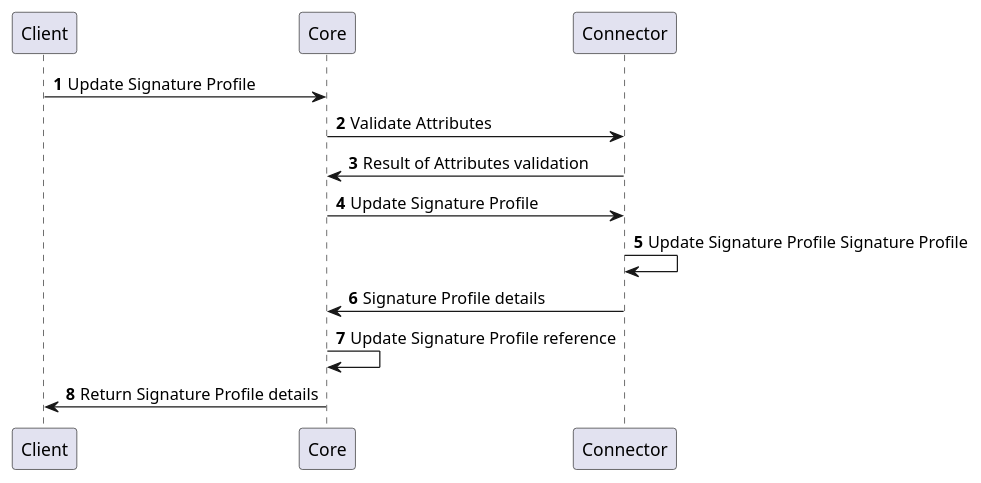
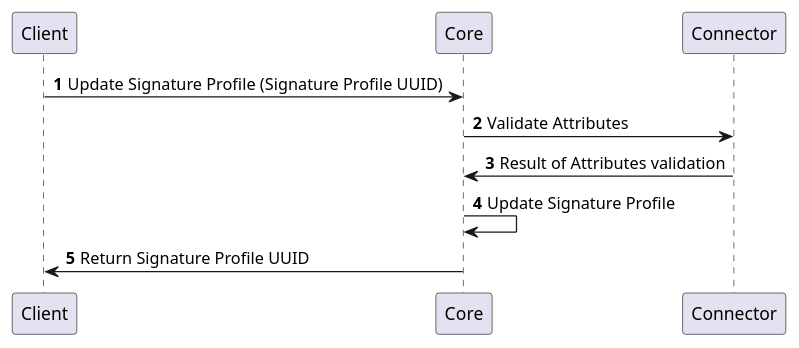
One commit to KaterinaBzatkova/CZERTAINLY-Documentation changed the seventh of 9 diagrams in docs/10-certificate-key/12-connectors/31-signature-provider.md. Above: the diagram before and after it, drawn with PlantUML. The commit also changed other lines of this file, not shown here.

````diff
--- a/docs/10-certificate-key/12-connectors/31-signature-provider.md
+++ b/docs/10-certificate-key/12-connectors/31-signature-provider.md
@@ -65,14 +132,11 @@
 ```plantuml
     @startuml
     autonumber
     skinparam topurl https://docs.czertainly.com/api/
-        Client -> Core [[core-client-operations/#tag/v2-Client-Operations/operation/revokeCertificate]]: Update Signature Profile
+        Client -> Core [[core-client-operations/#tag/v2-Client-Operations/operation/revokeCertificate]]: Update Signature Profile (Signature Profile UUID)
         Core -> Connector: Validate Attributes 
         Connector -> Core: Result of Attributes validation
-        Core -> Connector [[connector-authority-provider-v2/#tag/Certificate-Management/operation/revokeCertificate]]: Update Signature Profile
-        Connector -> Connector: Update Signature Profile Signature Profile
-        Connector -> Core: Signature Profile details
-        Core -> Core: Update Signature Profile reference
-        Core -> Client: Return Signature Profile details
+        Core -> Core: Update Signature Profile
+        Core -> Client: Return Signature Profile UUID
     @enduml
 ```
````
